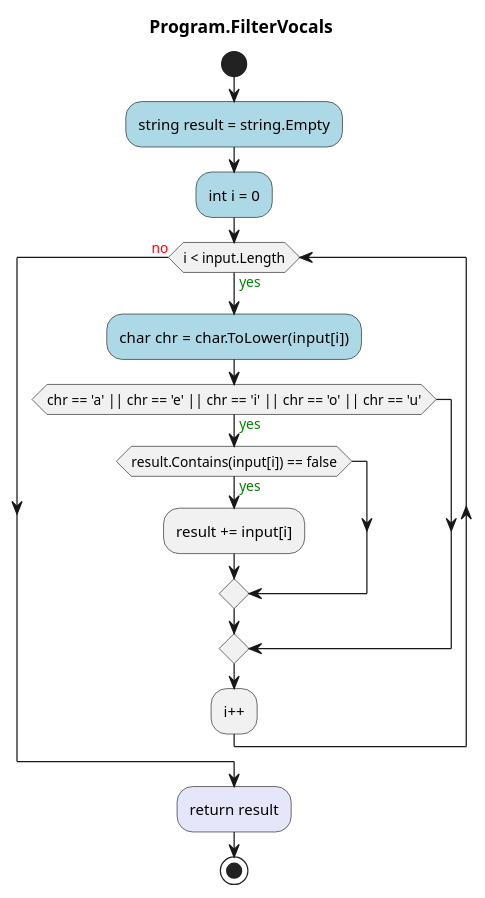
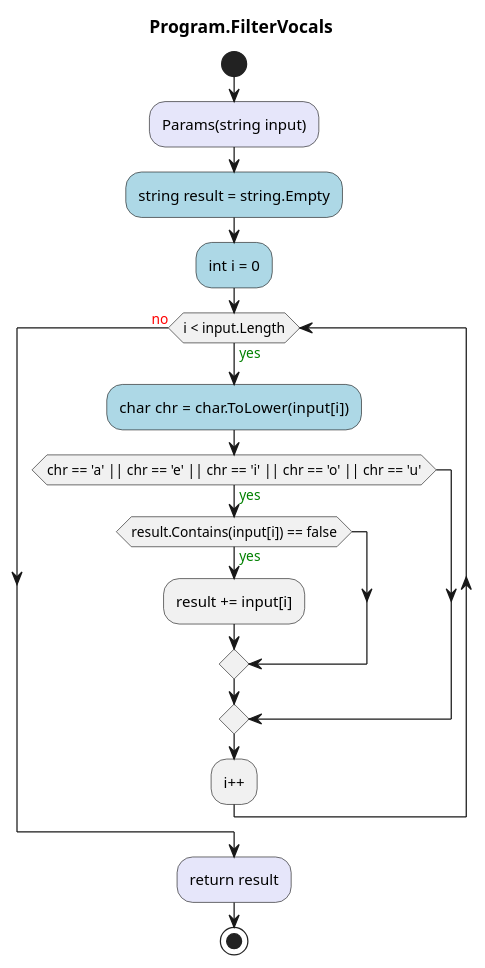
Before and after one commit to leoggehrer/2324-34_ABIF_ACIF_POSE: the diagram in VocalFilterWithMethod.ConApp/Diagrams/ac_Program_FilterVocals.puml, drawn with PlantUML. The commit also changed 227 other files, not shown here.

Commit message:
Changed folder name from Diagrams to diagrams.

```diff
--- a/VocalFilterWithMethod.ConApp/Diagrams/ac_Program_FilterVocals.puml
+++ b/VocalFilterWithMethod.ConApp/Diagrams/ac_Program_FilterVocals.puml
@@ -1,17 +1,18 @@
 @startuml Program.FilterVocals
 title Program.FilterVocals
 start
+#Lavender:Params(string input);
 #LightBlue:string result = string.Empty;
 #LightBlue:int i = 0;
 while (i < input.Length) is (<color:green>yes)
     #LightBlue:char chr = char.ToLower(input[i]);
     if (chr == 'a' || chr == 'e' || chr == 'i' || chr == 'o' || chr == 'u') then (<color:green>yes)
         if (result.Contains(input[i]) == false) then (<color:green>yes)
             :result += input[i];
         endif
     endif
 :i++;
 endwhile (<color:red>no)
 #Lavender:return result;
 stop
 @enduml
```
